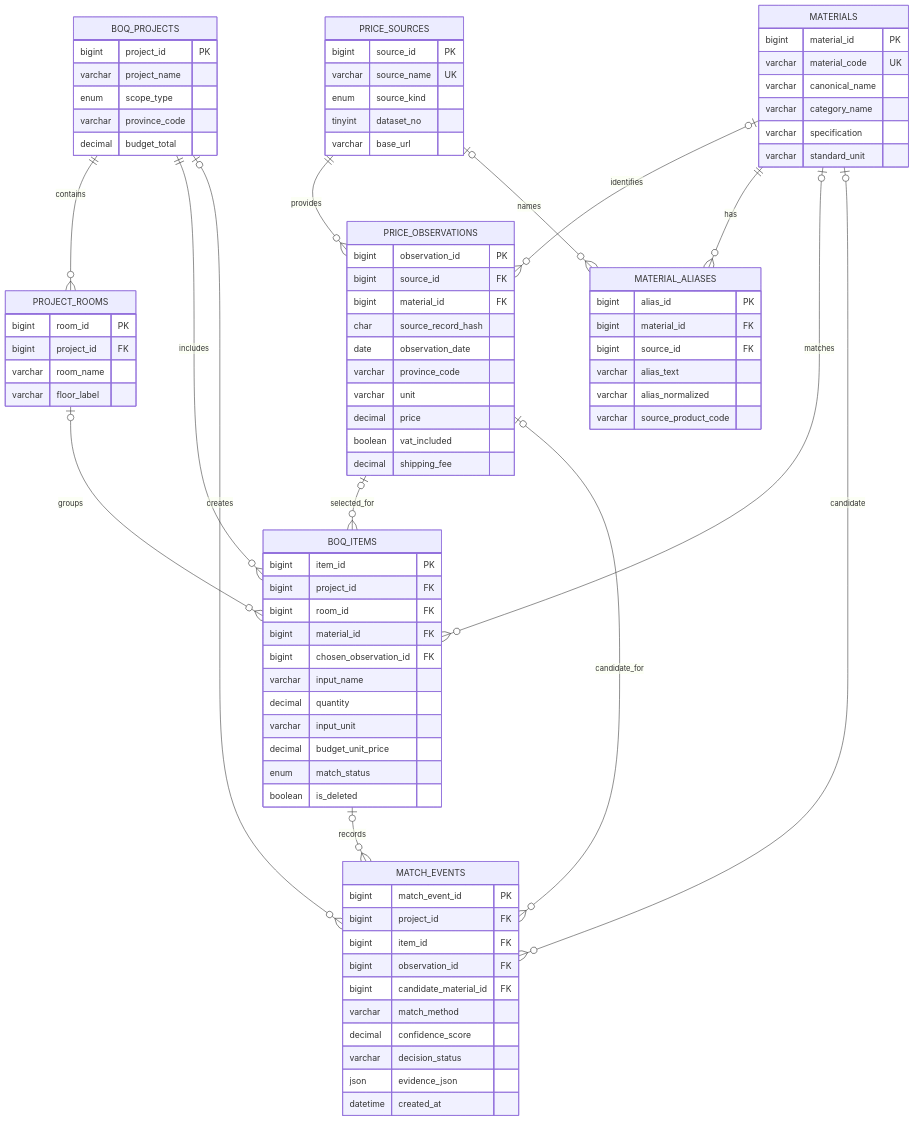
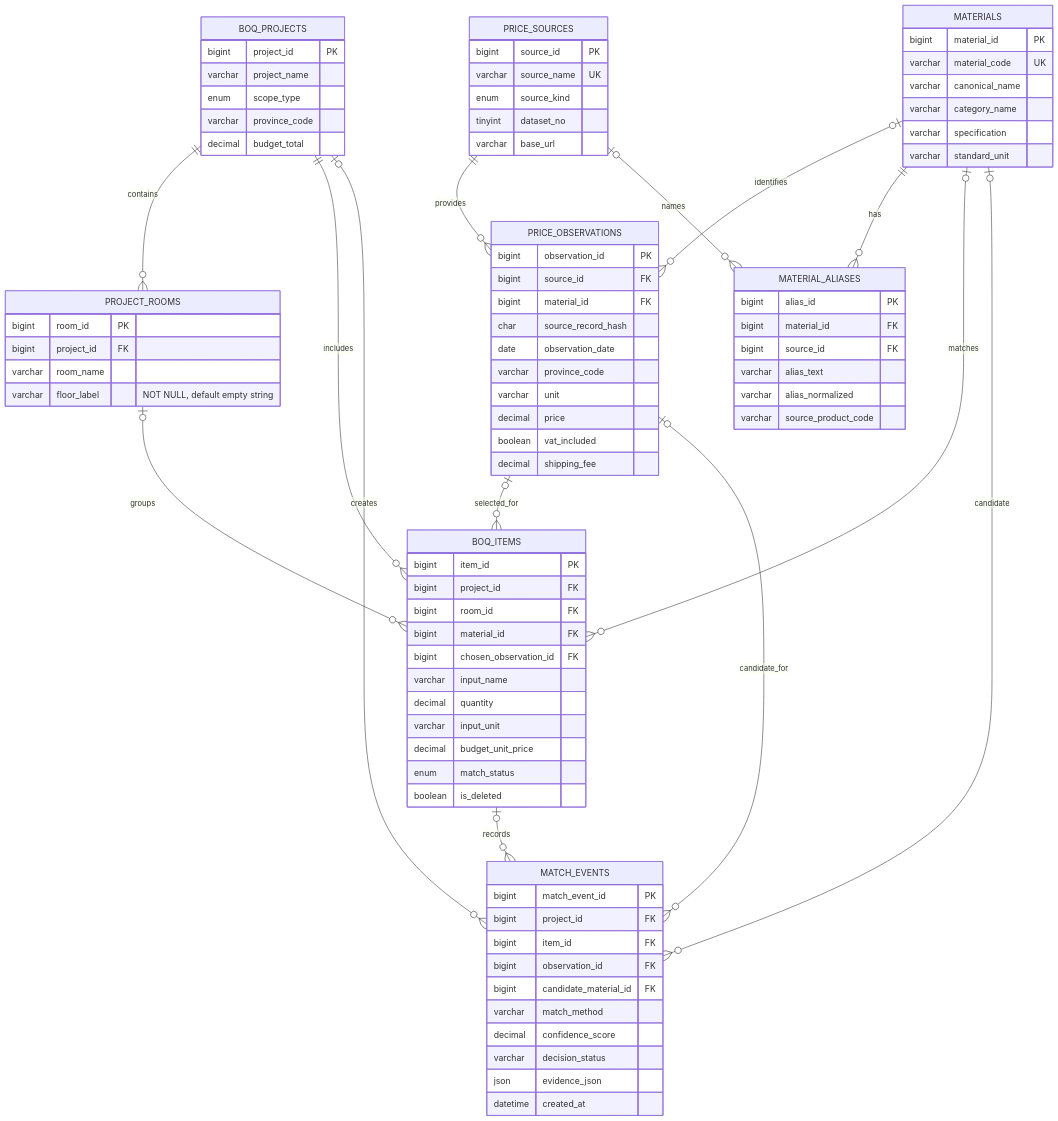
The diagram in docs/ER_Diagram.md (napasorn-p/DADS4002-boq-intelligence-platform), drawn with Mermaid before and after one commit. The commit also changed 13 other files, not shown here.

```diff
--- a/docs/ER_Diagram.md
+++ b/docs/ER_Diagram.md
@@ -64,7 +64,7 @@
         bigint room_id PK
         bigint project_id FK
         varchar room_name
-        varchar floor_label
+        varchar floor_label "NOT NULL, default empty string"
     }
     BOQ_ITEMS {
         bigint item_id PK
```
